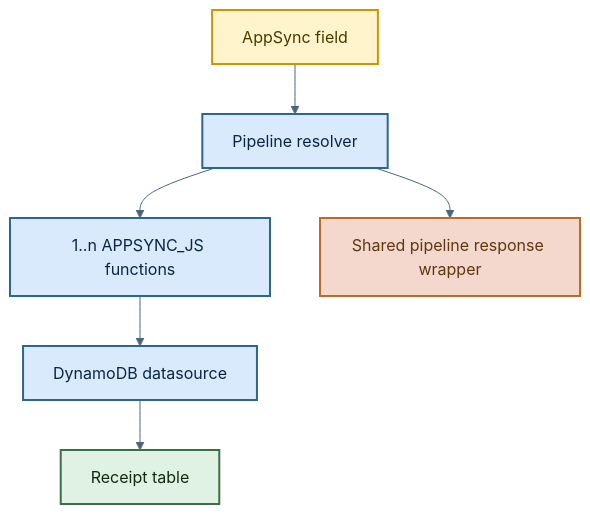
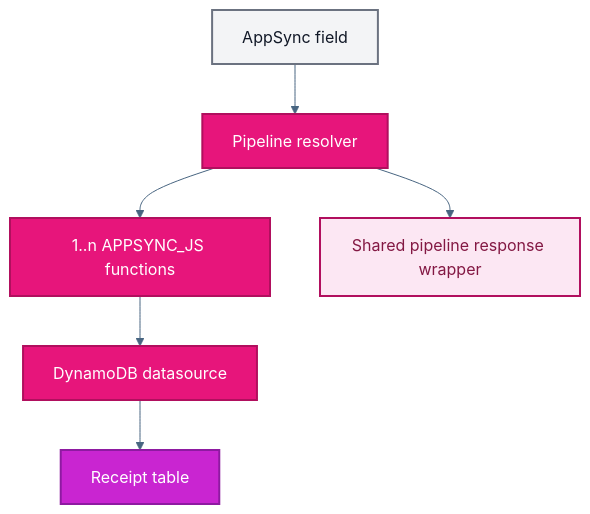
One commit to reiganarmstrong/check-split-mono changed the second of 5 diagrams in infra/modules/receipt-api/README.md. Above: the diagram before and after it, drawn with Mermaid. The commit also changed other lines of this file and 9 other files, not shown here.

First line of the commit message:
docs(readme): align architecture diagrams and hosting docs

````diff
--- a/infra/modules/receipt-api/README.md
+++ b/infra/modules/receipt-api/README.md
@@ -89,29 +86,29 @@
 ```mermaid
 ---
 config:
   theme: base
   themeVariables:
     primaryColor: "#E8EEF9"
     primaryTextColor: "#102A43"
     primaryBorderColor: "#486581"
     lineColor: "#486581"
     secondaryColor: "#E6F4EA"
     tertiaryColor: "#FFF4CC"
 ---
 flowchart TB
   API["AppSync field"] --> P["Pipeline resolver"]
   P --> F1["1..n APPSYNC_JS functions"]
   F1 --> DS["DynamoDB datasource"]
   DS --> T["Receipt table"]
   P --> W["Shared pipeline response wrapper"]
 
-  classDef entry fill:#FFF4CC,stroke:#C99700,color:#4A3A00,stroke-width:2px;
-  classDef appsync fill:#D9EAFD,stroke:#2F6690,color:#0B2545,stroke-width:2px;
-  classDef data fill:#DFF2E4,stroke:#3C6E47,color:#132A13,stroke-width:2px;
-  classDef shared fill:#F4D8CD,stroke:#BC6C25,color:#5F370E,stroke-width:2px;
+  classDef entry fill:#F3F4F6,stroke:#6B7280,color:#111827,stroke-width:2px;
+  classDef appsync fill:#E7157B,stroke:#B10F5E,color:#FFFFFF,stroke-width:2px;
+  classDef data fill:#C925D1,stroke:#8E1AA1,color:#FFFFFF,stroke-width:2px;
+  classDef shared fill:#FCE7F3,stroke:#B10F5E,color:#831843,stroke-width:2px;
 
   class API entry;
   class P,F1,DS appsync;
   class T data;
   class W shared;
 ```
````
